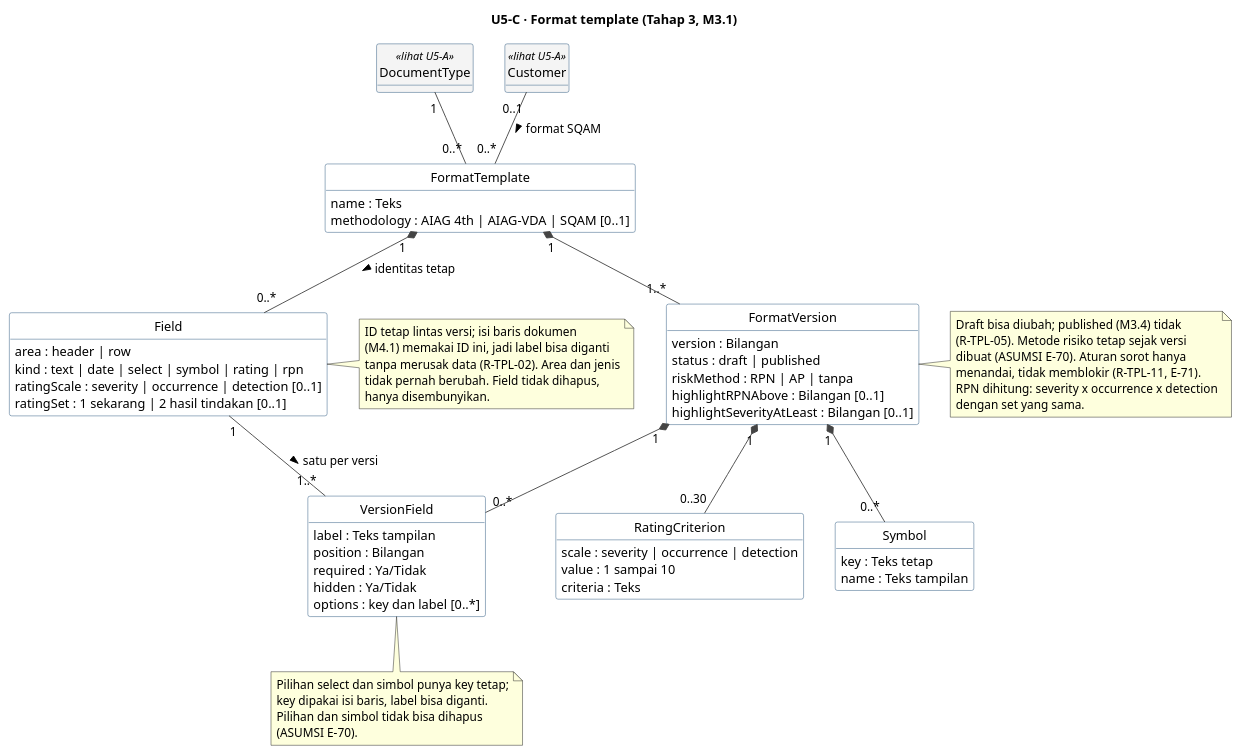
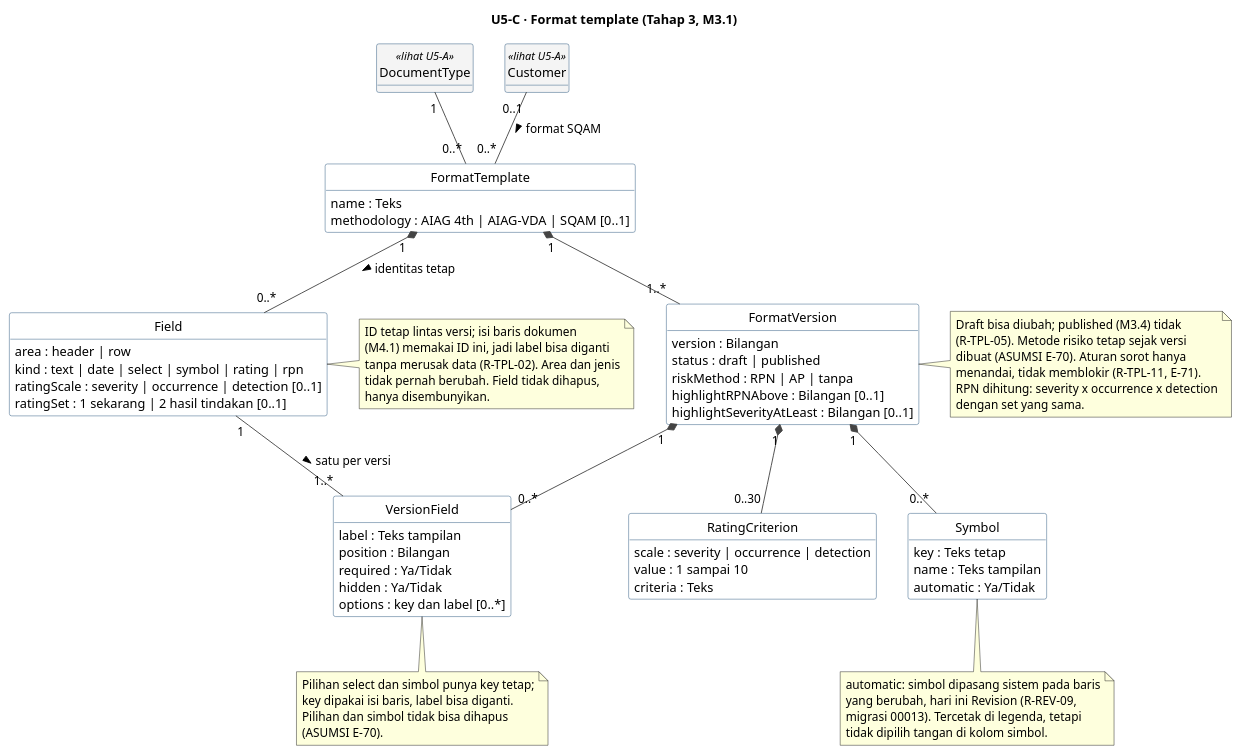
The third of 5 diagrams in docs/uml/U5-kelas-domain.puml (dkpauzi/revioten), drawn with PlantUML before and after one commit. The commit also changed other lines of this file and 27 other files, not shown here.

```diff
--- a/docs/uml/U5-kelas-domain.puml
+++ b/docs/uml/U5-kelas-domain.puml
@@ -398,88 +398,96 @@
 @startuml U5-C-format-template
 hide circle
 hide empty methods
 skinparam shadowing false
 skinparam ArrowColor #444444
 skinparam class {
   BorderColor #1F4E79
   BackgroundColor #FFFFFF
   BackgroundColor<<lihat U5-A>> #F4F4F4
 }
 
 title U5-C · Format template (Tahap 3, M3.1)
 
 class FormatTemplate {
   name : Teks
   methodology : AIAG 4th | AIAG-VDA | SQAM [0..1]
 }
 
 class FormatVersion {
   version : Bilangan
   status : draft | published
   riskMethod : RPN | AP | tanpa
   highlightRPNAbove : Bilangan [0..1]
   highlightSeverityAtLeast : Bilangan [0..1]
 }
 
 class Field {
   area : header | row
   kind : text | date | select | symbol | rating | rpn
   ratingScale : severity | occurrence | detection [0..1]
   ratingSet : 1 sekarang | 2 hasil tindakan [0..1]
 }
 
 class VersionField {
   label : Teks tampilan
   position : Bilangan
   required : Ya/Tidak
   hidden : Ya/Tidak
   options : key dan label [0..*]
 }
 
 class RatingCriterion {
   scale : severity | occurrence | detection
   value : 1 sampai 10
   criteria : Teks
 }
 
 class Symbol {
   key : Teks tetap
   name : Teks tampilan
+  automatic : Ya/Tidak
 }
 
 class DocumentType <<lihat U5-A>>
 class Customer <<lihat U5-A>>
 
 DocumentType "1" -- "0..*" FormatTemplate
 Customer "0..1" -- "0..*" FormatTemplate : format SQAM >
 FormatTemplate "1" *-- "1..*" FormatVersion
 FormatTemplate "1" *-- "0..*" Field : identitas tetap >
 FormatVersion "1" *-- "0..*" VersionField
 Field "1" -- "1..*" VersionField : satu per versi >
 FormatVersion "1" *-- "0..30" RatingCriterion
 FormatVersion "1" *-- "0..*" Symbol
 
 note right of Field
   ID tetap lintas versi; isi baris dokumen
   (M4.1) memakai ID ini, jadi label bisa diganti
   tanpa merusak data (R-TPL-02). Area dan jenis
   tidak pernah berubah. Field tidak dihapus,
   hanya disembunyikan.
 end note
 
 note right of FormatVersion
   Draft bisa diubah; published (M3.4) tidak
   (R-TPL-05). Metode risiko tetap sejak versi
   dibuat (ASUMSI E-70). Aturan sorot hanya
   menandai, tidak memblokir (R-TPL-11, E-71).
   RPN dihitung: severity x occurrence x detection
   dengan set yang sama.
 end note
 
 note bottom of VersionField
   Pilihan select dan simbol punya key tetap;
   key dipakai isi baris, label bisa diganti.
   Pilihan dan simbol tidak bisa dihapus
   (ASUMSI E-70).
 end note
+
+note bottom of Symbol
+  automatic: simbol dipasang sistem pada baris
+  yang berubah, hari ini Revision (R-REV-09,
+  migrasi 00013). Tercetak di legenda, tetapi
+  tidak dipilih tangan di kolom simbol.
+end note
 @enduml
```
